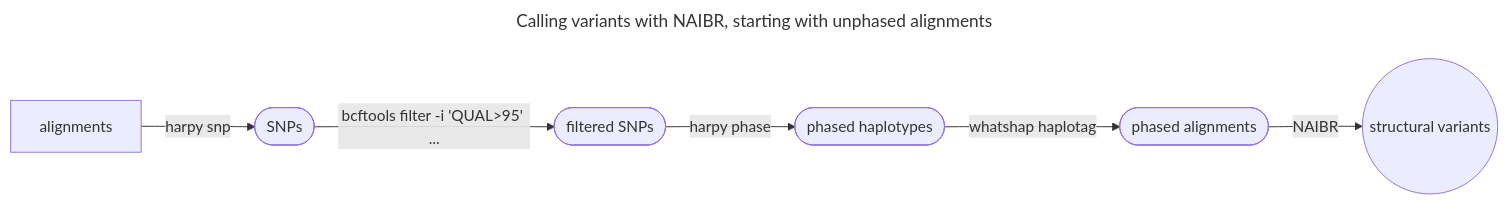
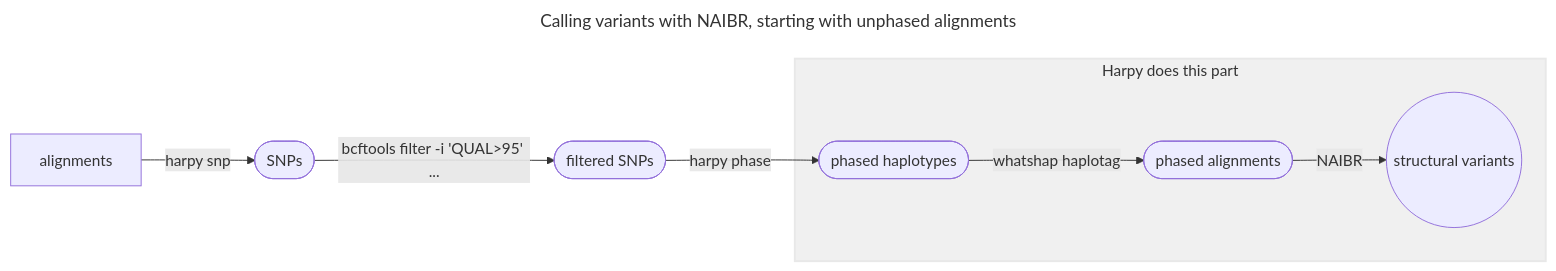
Before and after one commit to pdimens/harpy: the first of 2 diagrams in Modules/SV/naibr.md, drawn with Mermaid. The commit also changed other lines of this file and 16 other files, not shown here.

````diff
--- a/Modules/SV/naibr.md
+++ b/Modules/SV/naibr.md
@@ -113,11 +109,15 @@
 ```mermaid
 ---
 title: Calling variants with NAIBR, starting with unphased alignments
 ---
 graph LR
     aln[alignments]-->|harpy snp|snps([SNPs])
     snps-->|bcftools filter -i 'QUAL>95' ...|filt([filtered SNPs])
-    filt-->|harpy phase|phasesnp([phased haplotypes])
+    filt-->|harpy phase|phasesnp([phased haplotypes])  
+    subgraph id1 ["Harpy does this part"]
     phasesnp-->|whatshap haplotag|aln2
     aln2([phased alignments])-->|NAIBR|results((structural variants))
+    end
+    style id1 fill:#f0f0f0,stroke:#e8e8e8,stroke-width:2px
+
 ```
````
